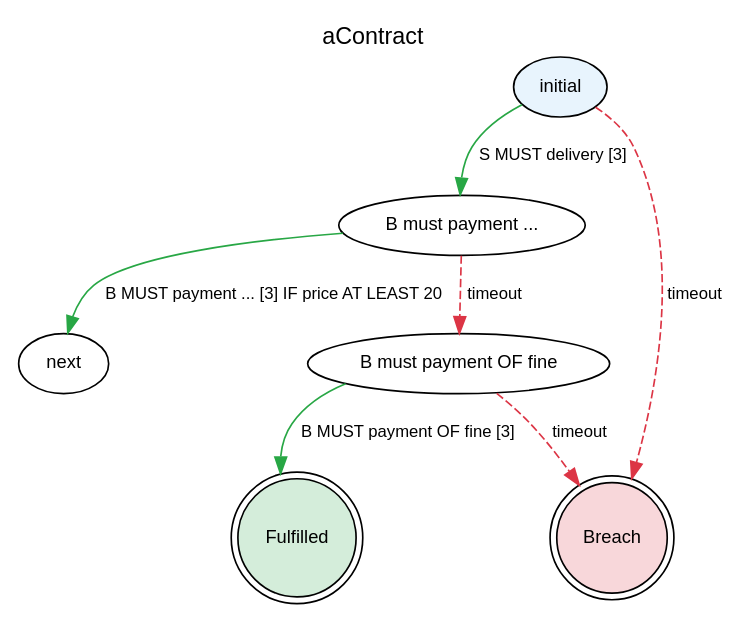
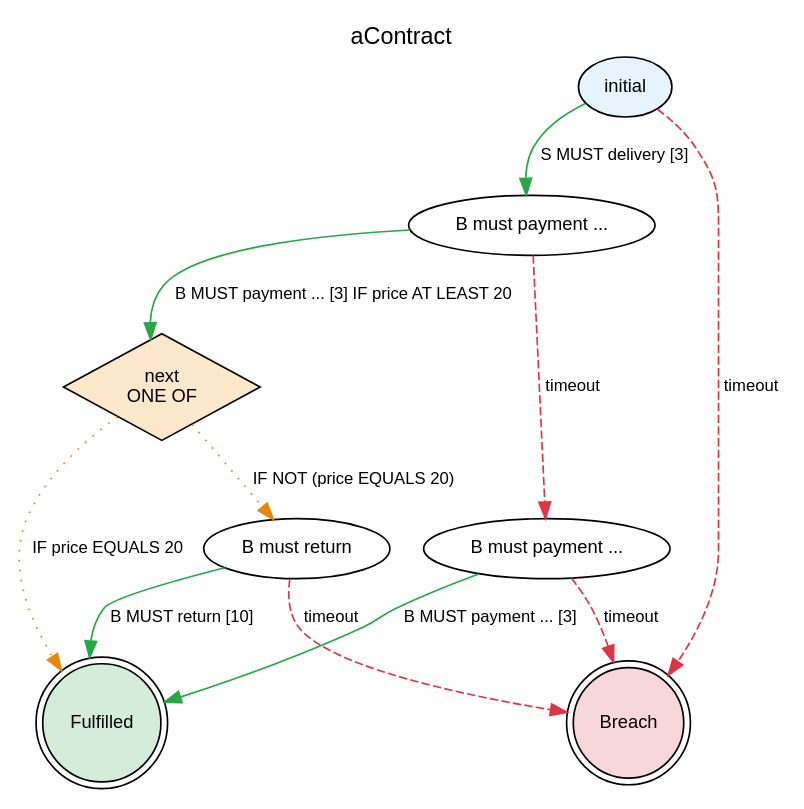
Before and after one commit to legalese/l4-ide: the diagram in jl4/examples/state-graphs/aContract.dot, drawn with Graphviz. The commit also changed 35 other files, not shown here.

First line of the commit message:
state-graphs: regenerate every diagram against unstable e2f4a71f (post #395/#399/#401/#407/#411/#412)

```diff
--- a/jl4/examples/state-graphs/aContract.dot
+++ b/jl4/examples/state-graphs/aContract.dot
@@ -1,59 +1,76 @@
 digraph {
     graph [rankdir=TB
           ,label=aContract
           ,labelloc=t
           ,fontname=Helvetica
           ,fontsize=14];
     node [fontname=Helvetica
          ,fontsize=11];
     edge [fontname=Helvetica
          ,fontsize=10];
     0 [label=initial
       ,fillcolor=white
       ,style=filled
       ,shape=ellipse
       ,fillcolor="#e8f4fd"];
     1 [label="B must payment ..."
       ,fillcolor=white
       ,style=filled
       ,shape=ellipse
       ,fillcolor="#ffffff"];
-    2 [label=next
+    2 [label="next\nONE OF"
+      ,fillcolor=white
+      ,style=filled
+      ,shape=diamond
+      ,fillcolor="#fde8cc"];
+    3 [label=Fulfilled
+      ,fillcolor=white
+      ,style=filled
+      ,shape=doublecircle
+      ,fillcolor="#d4edda"];
+    4 [label="B must return"
       ,fillcolor=white
       ,style=filled
       ,shape=ellipse
       ,fillcolor="#ffffff"];
-    3 [label="B must payment OF fine"
-      ,fillcolor=white
-      ,style=filled
-      ,shape=ellipse
-      ,fillcolor="#ffffff"];
-    4 [label=Fulfilled
-      ,fillcolor=white
-      ,style=filled
-      ,shape=doublecircle
-      ,fillcolor="#d4edda"];
     5 [label=Breach
       ,fillcolor=white
       ,style=filled
       ,shape=doublecircle
       ,fillcolor="#f8d7da"];
+    6 [label="B must payment ..."
+      ,fillcolor=white
+      ,style=filled
+      ,shape=ellipse
+      ,fillcolor="#ffffff"];
     0 -> 1 [label="S MUST delivery [3]"
            ,color="#28a745"
            ,style=solid];
     0 -> 5 [label=timeout
            ,color="#dc3545"
            ,style=dashed];
     1 -> 2 [label="B MUST payment ... [3] IF price AT LEAST 20"
            ,color="#28a745"
            ,style=solid];
-    1 -> 3 [label=timeout
+    1 -> 6 [label=timeout
            ,color="#dc3545"
            ,style=dashed];
-    3 -> 4 [label="B MUST payment OF fine [3]"
+    2 -> 3 [label=" IF price EQUALS 20"
+           ,color="#e8850c"
+           ,style=dotted];
+    2 -> 4 [label=" IF NOT (price EQUALS 20)"
+           ,color="#e8850c"
+           ,style=dotted];
+    4 -> 3 [label="B MUST return [10]"
            ,color="#28a745"
            ,style=solid];
-    3 -> 5 [label=timeout
+    4 -> 5 [label=timeout
+           ,color="#dc3545"
+           ,style=dashed];
+    6 -> 3 [label="B MUST payment ... [3]"
+           ,color="#28a745"
+           ,style=solid];
+    6 -> 5 [label=timeout
            ,color="#dc3545"
            ,style=dashed];
 }
```
